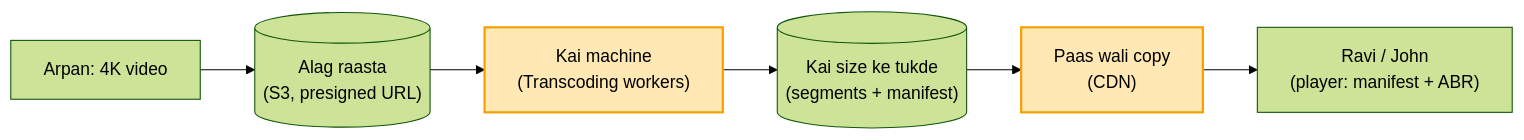
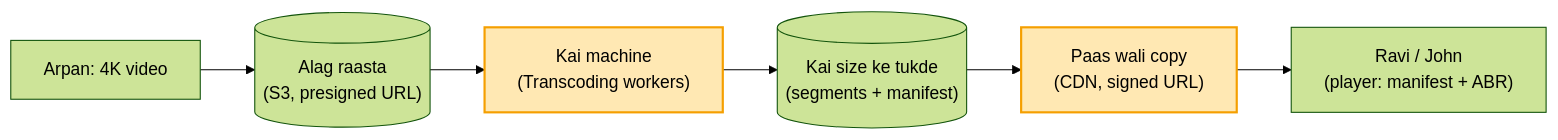
Before and after one commit to ArpanMaheshwari144/Prep: diagram 15 of 15 in 04_HLD/SYSTEM_DESIGNS/03_twitter_feed/03_twitter_feed.md, drawn with Mermaid (forest theme). The commit also changed other lines of this file and 17 other files, not shown here.

Commit message:
HLD: 17 main files hand notes se milaye (har block alag section, kahani + asli naam, mermaid), technical naam bhi rakhe

````diff
--- a/04_HLD/SYSTEM_DESIGNS/03_twitter_feed/03_twitter_feed.md
+++ b/04_HLD/SYSTEM_DESIGNS/03_twitter_feed/03_twitter_feed.md
@@ -187,10 +345,10 @@
 ```mermaid
 flowchart LR
     A["Arpan: 4K video"] --> S3[("Alag raasta<br/>(S3, presigned URL)")]
     S3 --> W["Kai machine<br/>(Transcoding workers)"]
     W --> T[("Kai size ke tukde<br/>(segments + manifest)")]
-    T --> CDN["Paas wali copy<br/>(CDN)"]
+    T --> CDN["Paas wali copy<br/>(CDN, signed URL)"]
     CDN --> R["Ravi / John<br/>(player: manifest + ABR)"]
     style W fill:#ffe8b3,stroke:#f59f00,stroke-width:2px,color:#000
     style CDN fill:#ffe8b3,stroke:#f59f00,stroke-width:2px,color:#000
 ```
````
